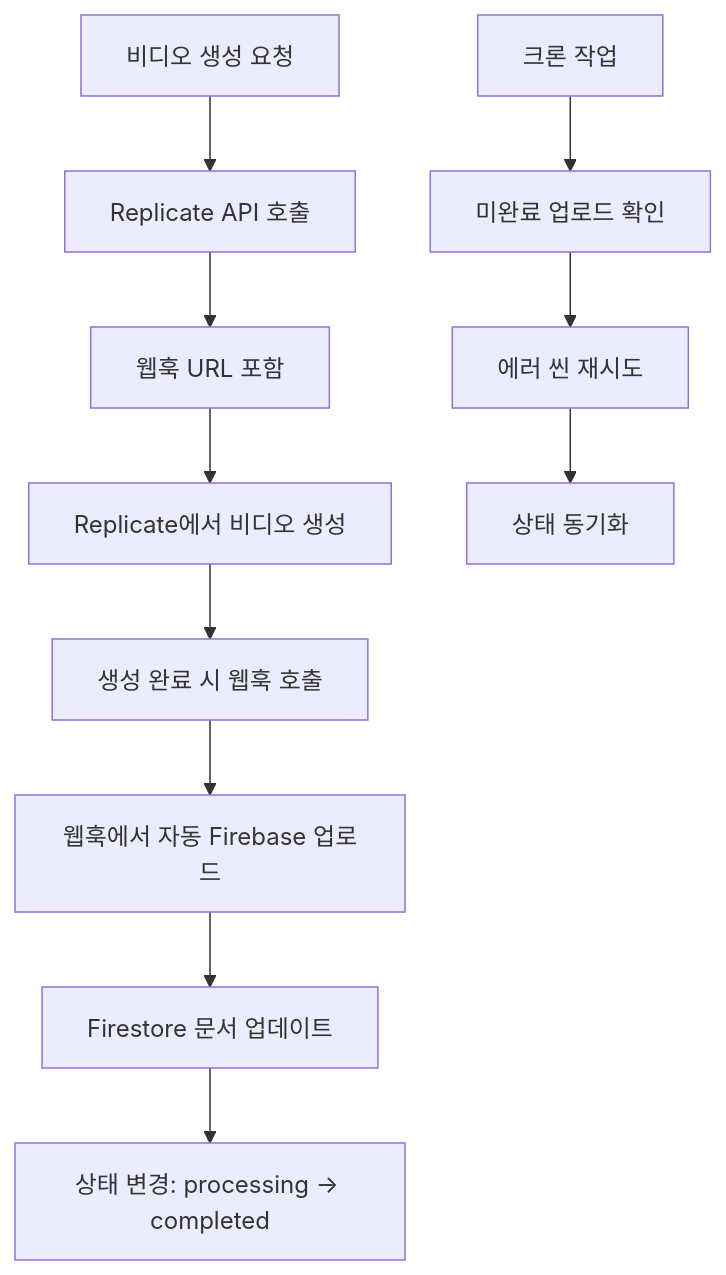
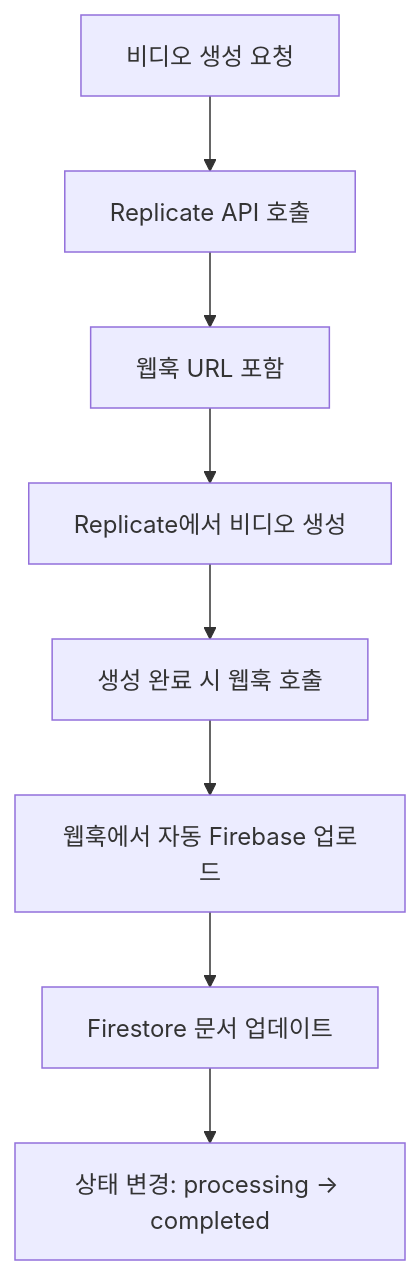
One commit to jungha-dev/newsVideo changed the diagram in BACKEND_AUTO_PROCESSING.md. Above: the diagram before and after it, drawn with Mermaid. The commit also changed other lines of this file and 8 other files, not shown here.

````diff
--- a/BACKEND_AUTO_PROCESSING.md
+++ b/BACKEND_AUTO_PROCESSING.md
@@ -35,14 +26,10 @@
 ```mermaid
 graph TD
     A[비디오 생성 요청] --> B[Replicate API 호출]
     B --> C[웹훅 URL 포함]
     C --> D[Replicate에서 비디오 생성]
     D --> E[생성 완료 시 웹훅 호출]
     E --> F[웹훅에서 자동 Firebase 업로드]
     F --> G[Firestore 문서 업데이트]
     G --> H[상태 변경: processing → completed]
-
-    I[크론 작업] --> J[미완료 업로드 확인]
-    J --> K[에러 씬 재시도]
-    K --> L[상태 동기화]
 ```
````
